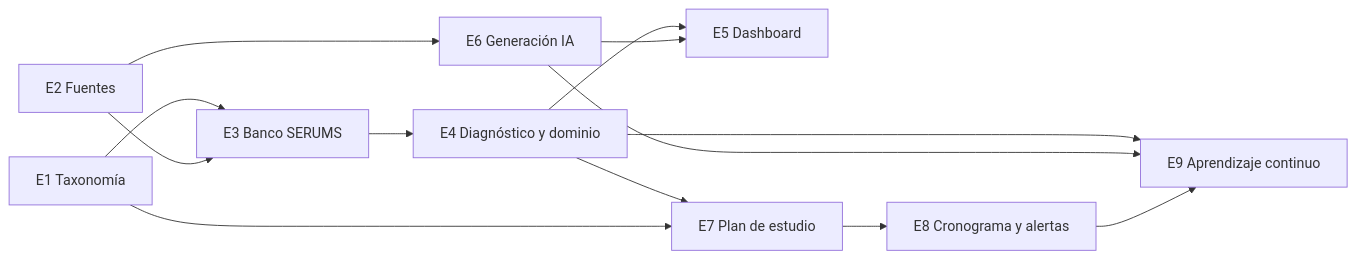
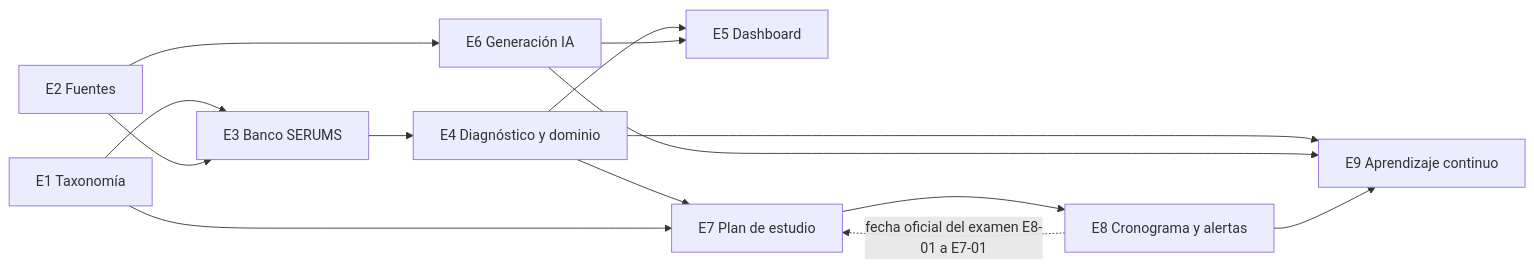
Before and after one commit to bacsystem/learning: the first of 2 diagrams in docs/stories/serums-ia/README.md, drawn with Mermaid. The commit also changed other lines of this file and 33 other files, not shown here.

````diff
--- a/docs/stories/serums-ia/README.md
+++ b/docs/stories/serums-ia/README.md
@@ -27,15 +27,16 @@
 ```mermaid
 flowchart LR
   E1[E1 Taxonomía] --> E3[E3 Banco SERUMS]
   E2[E2 Fuentes] --> E3
   E2 --> E6[E6 Generación IA]
   E3 --> E4[E4 Diagnóstico y dominio]
   E4 --> E5[E5 Dashboard]
   E4 --> E7[E7 Plan de estudio]
   E1 --> E7
   E6 --> E5
   E7 --> E8[E8 Cronograma y alertas]
+  E8 -. fecha oficial del examen E8-01 a E7-01 .-> E7
   E4 --> E9[E9 Aprendizaje continuo]
   E6 --> E9
   E8 --> E9
 ```
````
